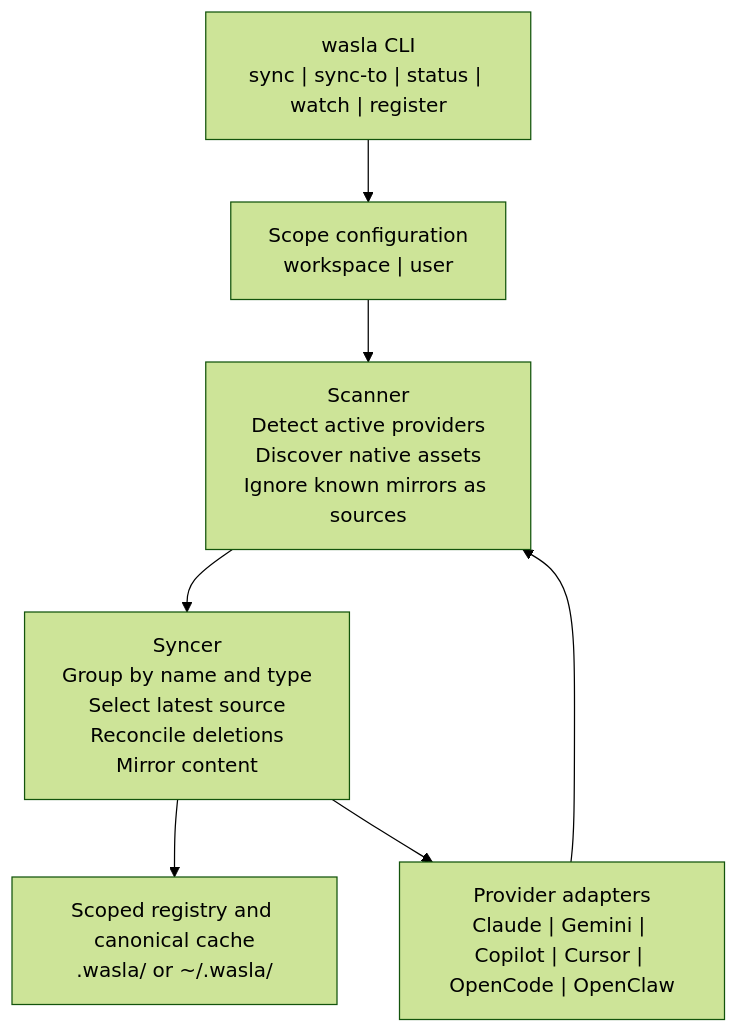
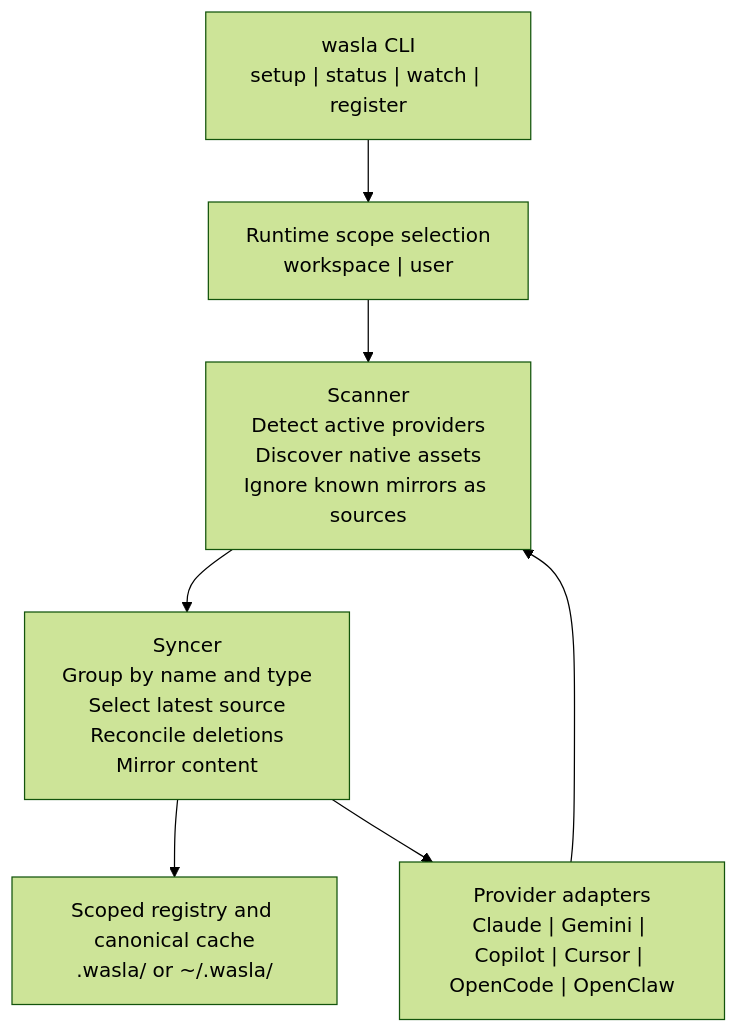
The first of 2 diagrams in apps/docs/docs/architecture/index.md (The-Untitled-Org/wasla), drawn with Mermaid (forest theme) before and after one commit. The commit also changed 34 other files, not shown here.

Commit message:
feat: replace sync and config commands with a new setup command and transition to explicit command-level scope requirements.

````diff
--- a/apps/docs/docs/architecture/index.md
+++ b/apps/docs/docs/architecture/index.md
@@ -13,16 +13,16 @@
 ```mermaid
 flowchart TD
-    CLI["wasla CLI<br/>sync | sync-to | status | watch | register"]
-    Scope["Scope configuration<br/>workspace | user"]
+    CLI["wasla CLI<br/>setup | status | watch | register"]
+    Scope["Runtime scope selection<br/>workspace | user"]
     Scanner["Scanner<br/>Detect active providers<br/>Discover native assets<br/>Ignore known mirrors as sources"]
     Syncer["Syncer<br/>Group by name and type<br/>Select latest source<br/>Reconcile deletions<br/>Mirror content"]
     Registry["Scoped registry and canonical cache<br/>.wasla/ or ~/.wasla/"]
     Adapters["Provider adapters<br/>Claude | Gemini | Copilot | Cursor | OpenCode | OpenClaw"]
 
     CLI --> Scope
     Scope --> Scanner
     Scanner --> Syncer
     Syncer --> Registry
     Syncer --> Adapters
     Adapters --> Scanner
 ```
````
